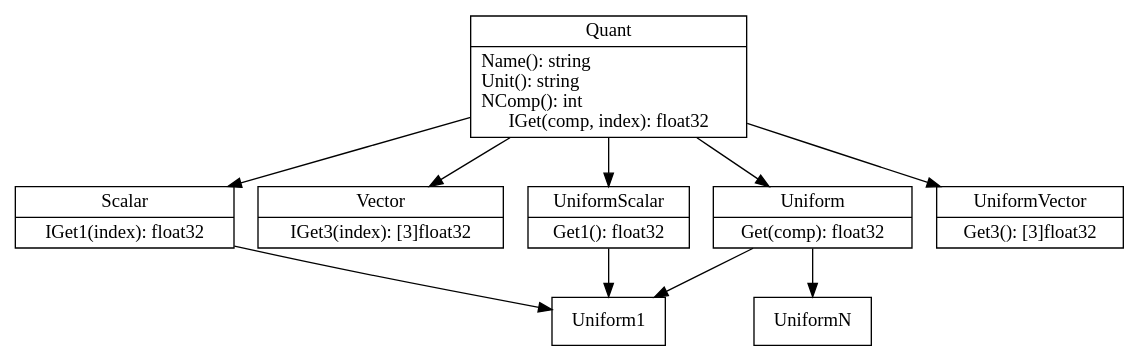
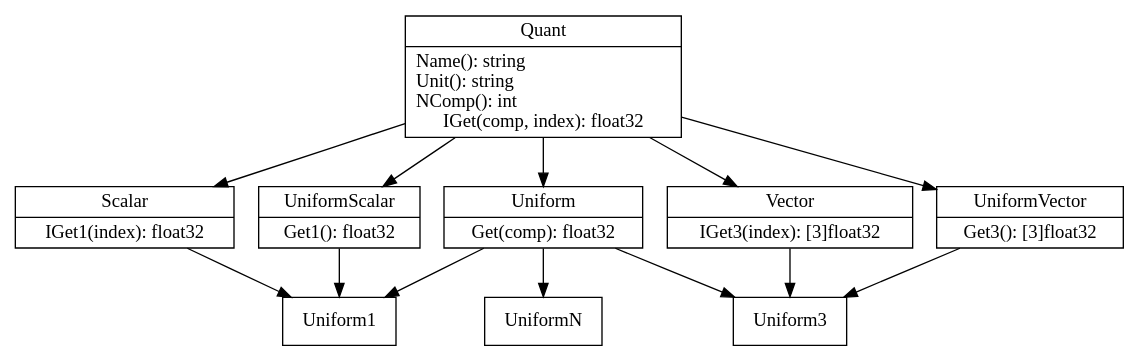
Before and after one commit to mumax/3: the diagram in whiteboard.dot, drawn with Graphviz. The commit also changed 4 other files, not shown here.

```diff
--- a/whiteboard.dot
+++ b/whiteboard.dot
@@ -1,32 +1,37 @@
 digraph whiteboard{
 
 node [ shape = "record" ]
 
 Quant [label="{Quant | Name(): string \l Unit(): string \l NComp(): int \l IGet(comp, index): float32}"]
 
 Scalar [label="{Scalar | IGet1(index): float32}"]
 Quant->Scalar
 
 
 Vector [label="{Vector | IGet3(index): [3]float32}"]
 Quant->Vector
 
 
 Uniform [label="{Uniform | Get(comp): float32}"]
 Quant->Uniform
 
 UniformScalar [label="{UniformScalar | Get1(): float32}"]
 Quant->UniformScalar
 
 UniformVector [label="{UniformVector | Get3(): [3]float32}"]
 Quant->UniformVector
 
 UniformN [label="{UniformN}"]
 Uniform->UniformN
 
 Uniform1 [label="{Uniform1}"]
 Uniform->Uniform1
 Scalar->Uniform1
 UniformScalar->Uniform1
 
+Uniform3 [label="{Uniform3}"]
+Uniform->Uniform3
+Vector->Uniform3
+UniformVector->Uniform3
+
 }
```
